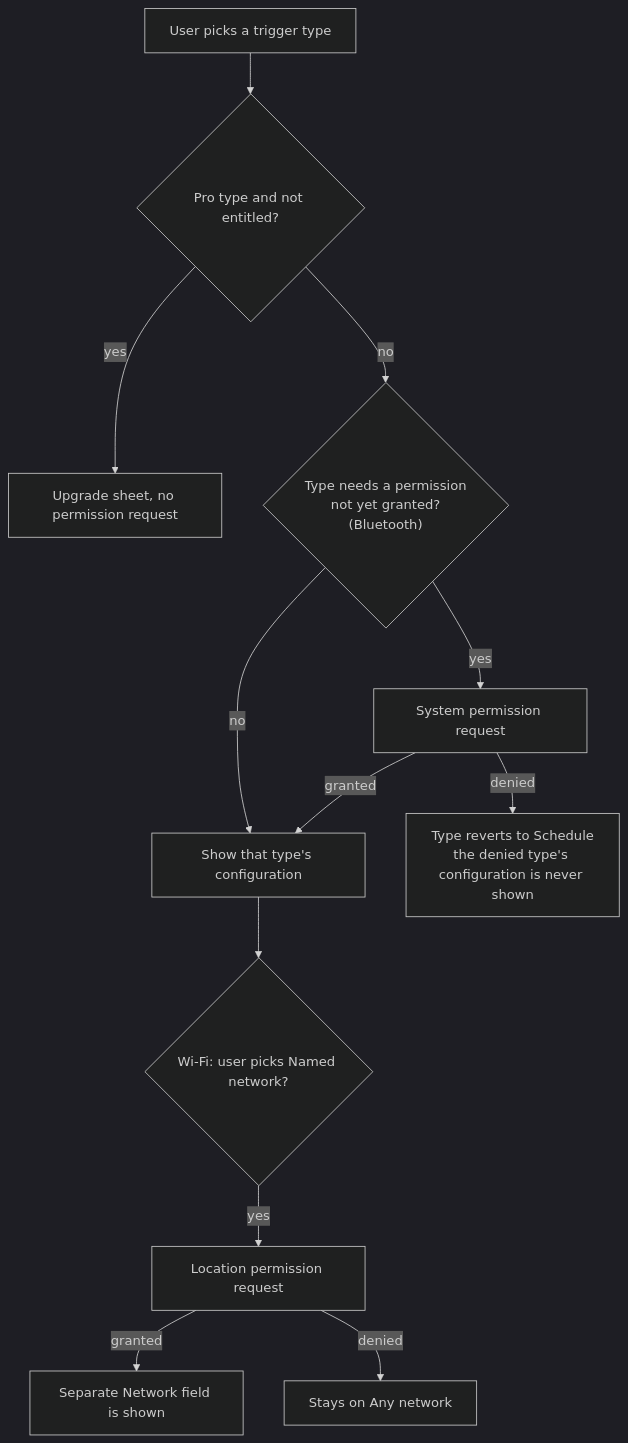
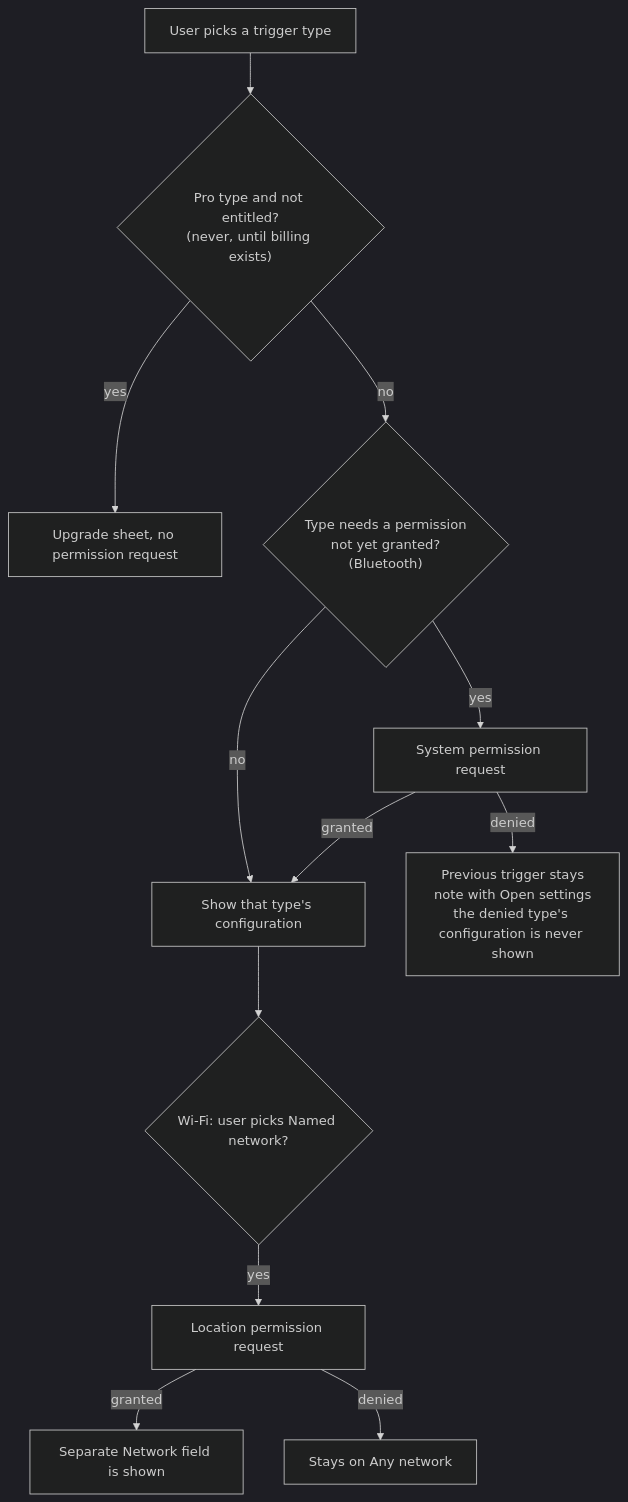
The sixth of 6 diagrams in docs/architecture/15-flow-facet-automation.md (rohitganjam/facet-launcher), drawn with Mermaid (dark theme) before and after one commit. The commit also changed other lines of this file and 68 other files, not shown here.

````diff
--- a/docs/architecture/15-flow-facet-automation.md
+++ b/docs/architecture/15-flow-facet-automation.md
@@ -390,14 +536,14 @@
 ```mermaid
 flowchart TB
-    A["User picks a trigger type"] --> B{"Pro type and not entitled?"}
+    A["User picks a trigger type"] --> B{"Pro type and not entitled?\n(never, until billing exists)"}
     B -- yes --> U["Upgrade sheet, no permission request"]
     B -- no --> C{"Type needs a permission\nnot yet granted?\n(Bluetooth)"}
     C -- no --> OK["Show that type's configuration"]
     C -- yes --> R["System permission request"]
     R -- granted --> OK
-    R -- denied --> S["Type reverts to Schedule\nthe denied type's configuration is never shown"]
+    R -- denied --> S["Previous trigger stays\nnote with Open settings\nthe denied type's configuration is never shown"]
     OK --> W{"Wi-Fi: user picks Named network?"}
     W -- yes --> L["Location permission request"]
     L -- granted --> N["Separate Network field is shown"]
     L -- denied --> AN["Stays on Any network"]
 ```
````
